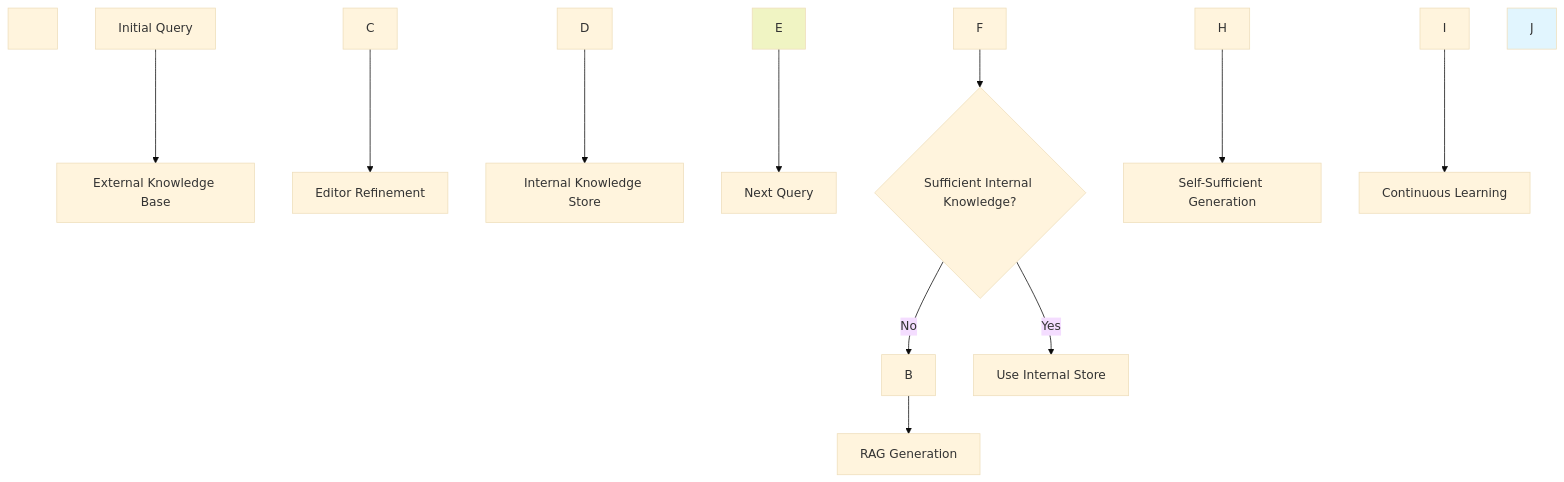
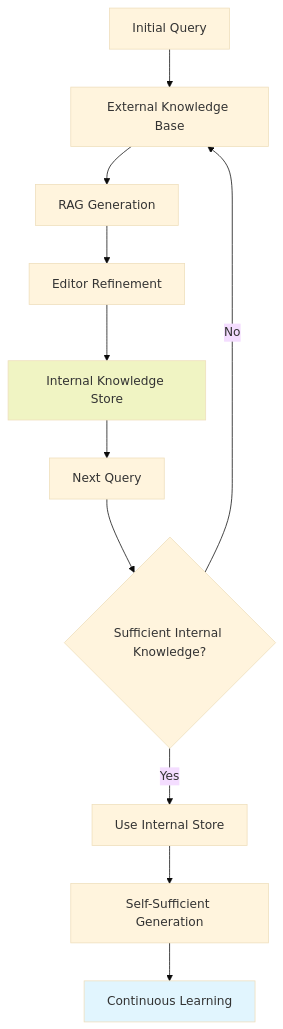
The fifth of 6 diagrams in README.MD (dhruvsh1997/AdvanceRAG-Concepts-Langchain), drawn with Mermaid (base theme) before and after one commit. The commit also changed other lines of this file, not shown here.

````diff
--- a/README.MD
+++ b/README.MD
@@ -367,31 +187,16 @@
 ```mermaid
-
 graph TD
-
-&nbsp;   A\[Initial Query] --> B\[External Knowledge Base]
-
-&nbsp;   B --> C\[RAG Generation]
-
-&nbsp;   C --> D\[Editor Refinement]
-
-&nbsp;   D --> E\[Internal Knowledge Store]
-
-&nbsp;   E --> F\[Next Query]
-
-&nbsp;   F --> G{Sufficient Internal Knowledge?}
-
-&nbsp;   G -->|Yes| H\[Use Internal Store]
-
-&nbsp;   G -->|No| B
-
-&nbsp;   H --> I\[Self-Sufficient Generation]
-
-&nbsp;   I --> J\[Continuous Learning]
-
-&nbsp;   
-
-&nbsp;   style E fill:#f0f4c3
-
-&nbsp;   style J fill:#e1f5fe
-
+    A[Initial Query] --> B[External Knowledge Base]
+    B --> C[RAG Generation]
+    C --> D[Editor Refinement]
+    D --> E[Internal Knowledge Store]
+    E --> F[Next Query]
+    F --> G{Sufficient Internal Knowledge?}
+    G -->|Yes| H[Use Internal Store]
+    G -->|No| B
+    H --> I[Self-Sufficient Generation]
+    I --> J[Continuous Learning]
+    
+    style E fill:#f0f4c3
+    style J fill:#e1f5fe
 ```
````
